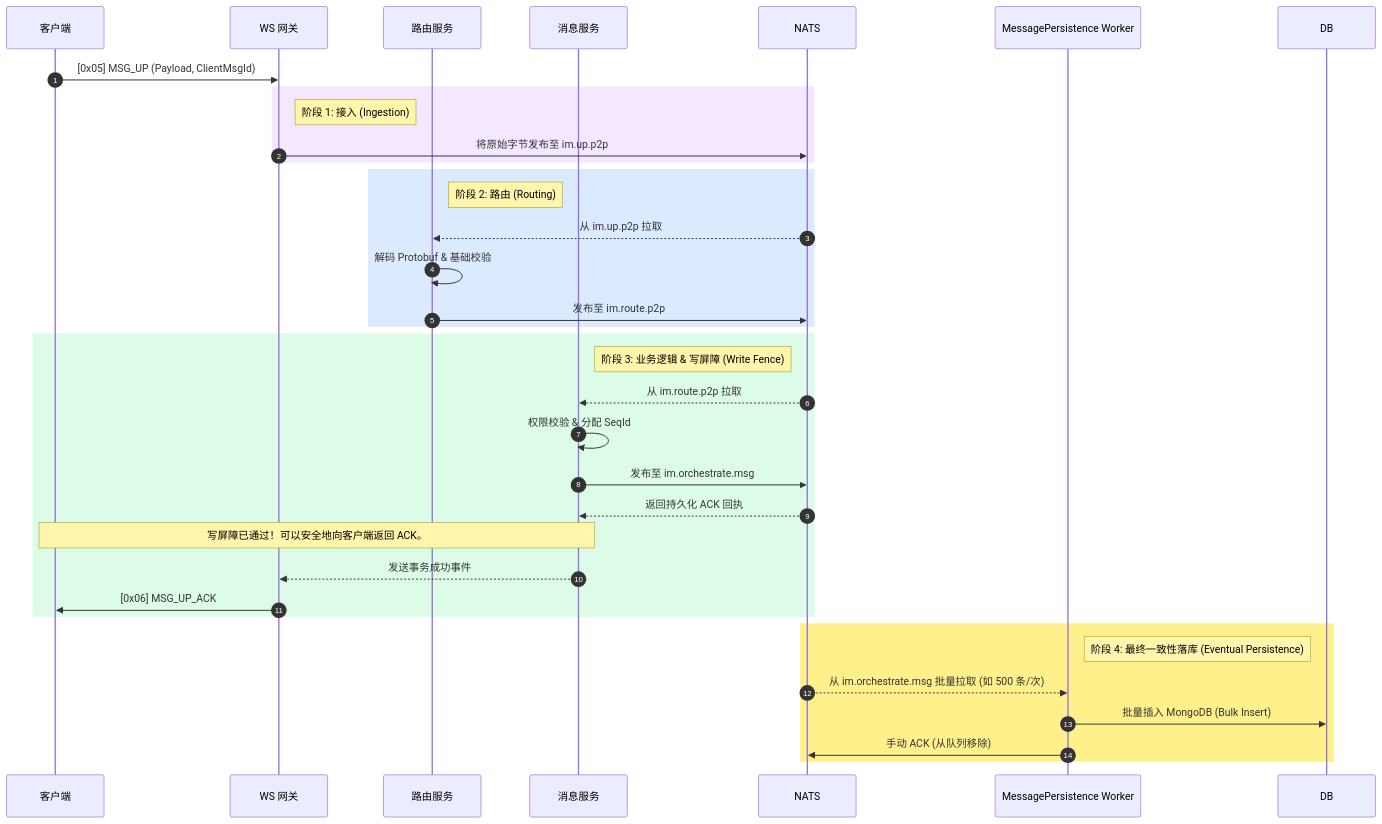
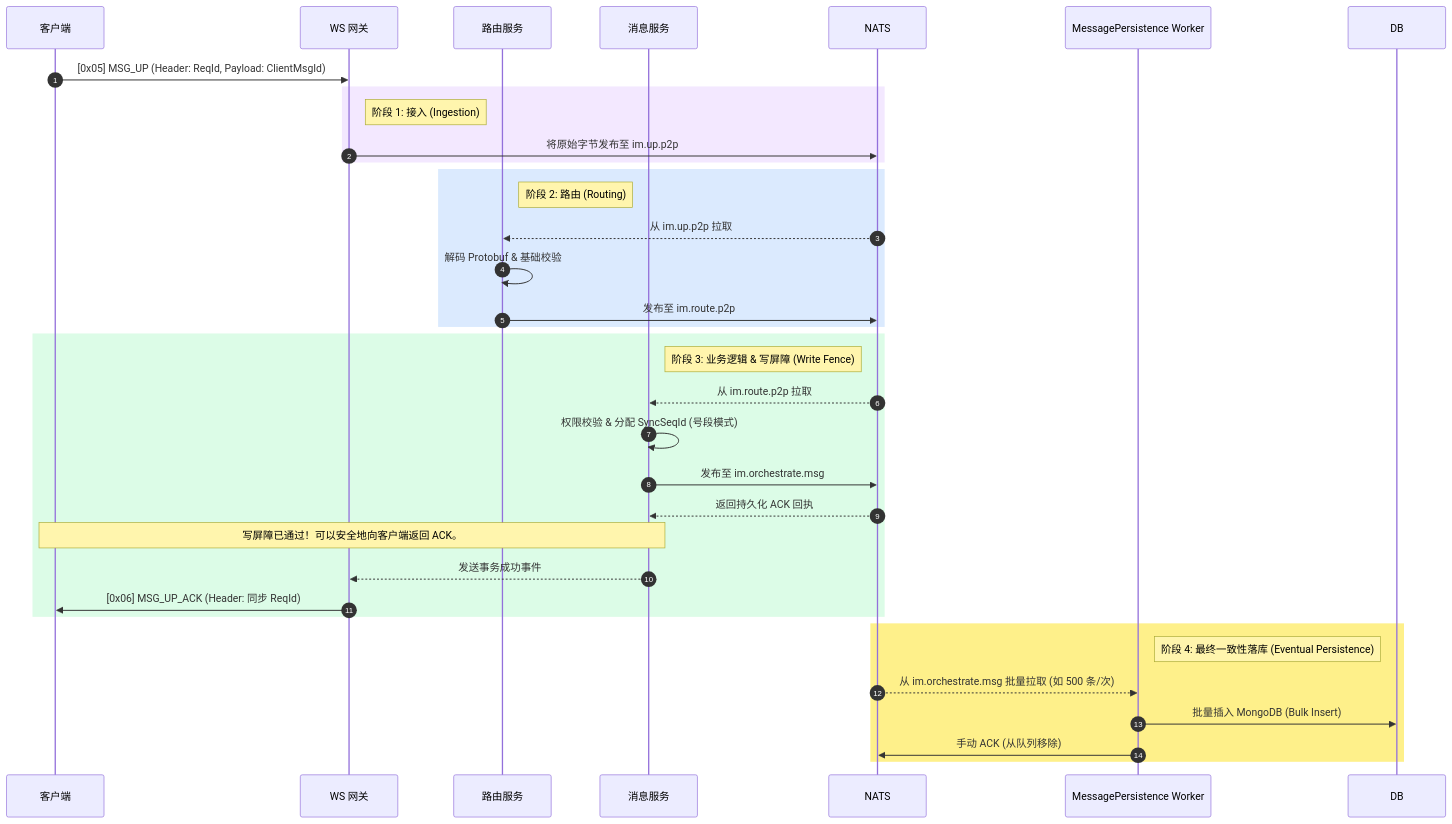
One commit to JamesWilson19970101/ocean.chat.docs changed the diagram in i18n/zh-CN/docusaurus-plugin-content-docs/current/devdocs/Bussiness Logic/Message sending and database storage.md. Above: the diagram before and after it, drawn with Mermaid. The commit also changed other lines of this file and 16 other files, not shown here.

First line of the commit message:
docs: Refine message delivery, NATS JetStream, and reliability architecture

````diff
--- a/i18n/zh-CN/docusaurus-plugin-content-docs/current/devdocs/Bussiness Logic/Message sending and database storage.md
+++ b/i18n/zh-CN/docusaurus-plugin-content-docs/current/devdocs/Bussiness Logic/Message sending and database storage.md
@@ -47,40 +51,40 @@
 ```mermaid
 sequenceDiagram
     autonumber
     participant Client as 客户端
     participant Gateway as WS 网关
     participant Router as 路由服务
     participant Message as 消息服务
-Client->>Gateway: [0x05] MSG_UP (Payload, ClientMsgId)
+Client->>Gateway: [0x05] MSG_UP (Header: ReqId, Payload: ClientMsgId)
 
 rect rgb(243, 232, 255)
     note right of Gateway: 阶段 1: 接入 (Ingestion)
     Gateway->>NATS: 将原始字节发布至 im.up.p2p
 end
 
 rect rgb(219, 234, 254)
     note right of Router: 阶段 2: 路由 (Routing)
     NATS-->>Router: 从 im.up.p2p 拉取
     Router->>Router: 解码 Protobuf & 基础校验
     Router->>NATS: 发布至 im.route.p2p
 end
 
 rect rgb(220, 252, 231)
     note right of Message: 阶段 3: 业务逻辑 & 写屏障 (Write Fence)
     NATS-->>Message: 从 im.route.p2p 拉取
-    Message->>Message: 权限校验 & 分配 SeqId
+    Message->>Message: 权限校验 & 分配 SyncSeqId (号段模式)
     Message->>NATS: 发布至 im.orchestrate.msg
     NATS-->>Message: 返回持久化 ACK 回执
 
     note over Message, Client: 写屏障已通过！可以安全地向客户端返回 ACK。
     Message-->>Gateway: 发送事务成功事件
-    Gateway->>Client: [0x06] MSG_UP_ACK
+    Gateway->>Client: [0x06] MSG_UP_ACK (Header: 同步 ReqId)
 end
 
 rect rgb(254, 240, 138)
     note right of MessagePersistence Worker: 阶段 4: 最终一致性落库 (Eventual Persistence)
     NATS-->>MessagePersistence Worker: 从 im.orchestrate.msg 批量拉取 (如 500 条/次)
     MessagePersistence Worker->>DB: 批量插入 MongoDB (Bulk Insert)
     MessagePersistence Worker->>NATS: 手动 ACK (从队列移除)
 end
 ```
````
